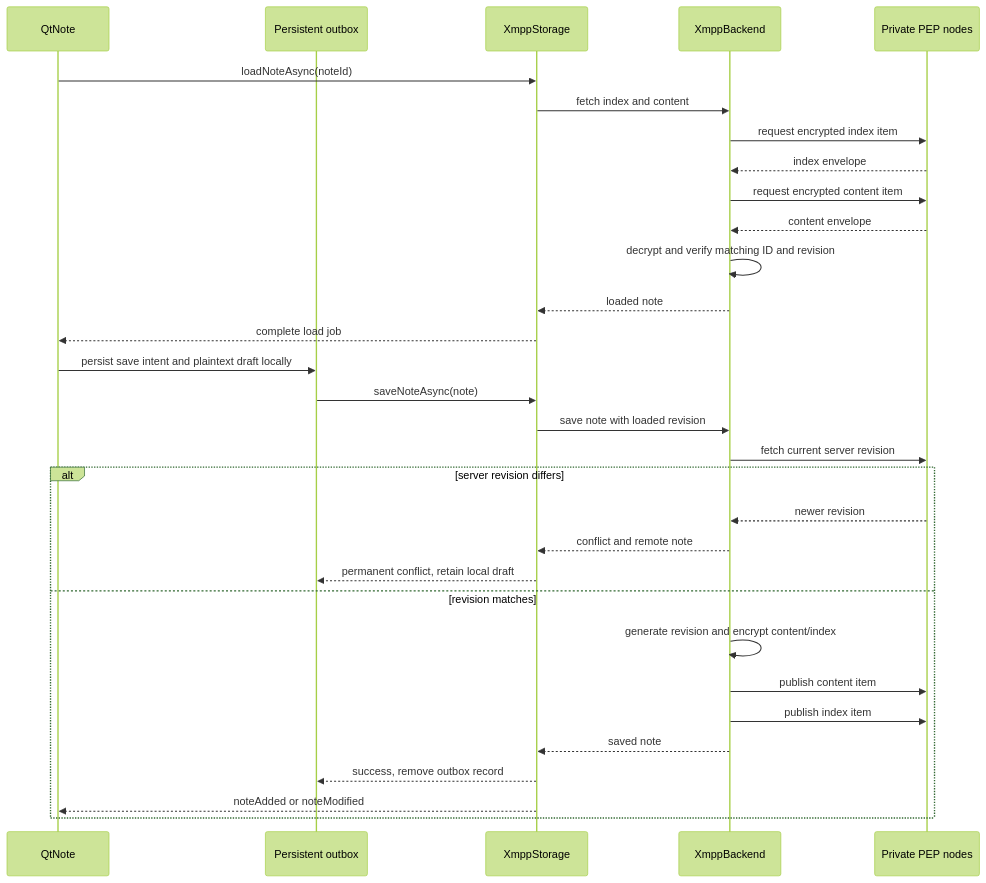
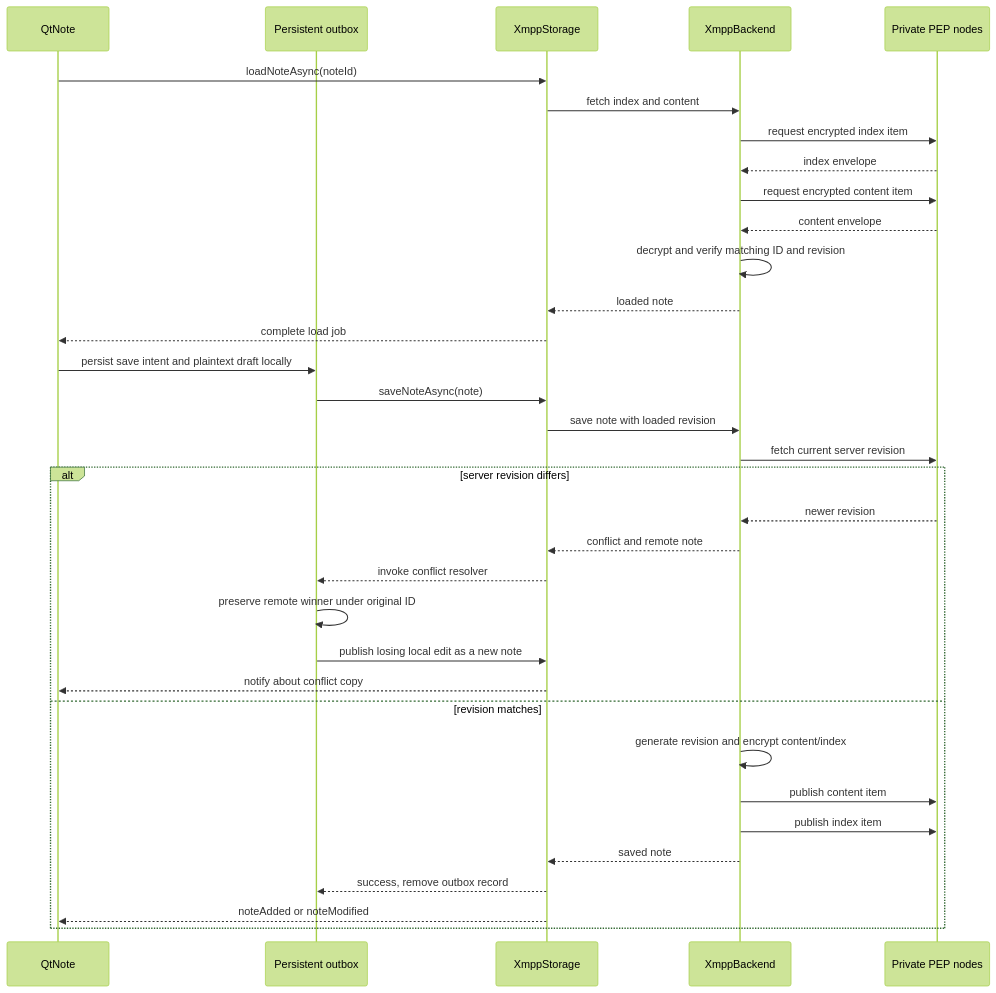
Before and after one commit to Ri0n/QtNote: the third of 6 diagrams in plugins/xmpppubsub/README.md, drawn with Mermaid (forest theme). The commit also changed other lines of this file and 2 other files, not shown here.

````diff
--- a/plugins/xmpppubsub/README.md
+++ b/plugins/xmpppubsub/README.md
@@ -199,35 +199,38 @@
 ```mermaid
 sequenceDiagram
     participant UI as QtNote
     participant O as Persistent outbox
     participant S as XmppStorage
     participant B as XmppBackend
     participant P as Private PEP nodes
 
     UI->>S: loadNoteAsync(noteId)
     S->>B: fetch index and content
     B->>P: request encrypted index item
     P-->>B: index envelope
     B->>P: request encrypted content item
     P-->>B: content envelope
     B->>B: decrypt and verify matching ID and revision
     B-->>S: loaded note
     S-->>UI: complete load job
 
     UI->>O: persist save intent and plaintext draft locally
     O->>S: saveNoteAsync(note)
     S->>B: save note with loaded revision
     B->>P: fetch current server revision
     alt server revision differs
         P-->>B: newer revision
         B-->>S: conflict and remote note
-        S-->>O: permanent conflict, retain local draft
+        S-->>O: invoke conflict resolver
+        O->>O: preserve remote winner under original ID
+        O->>S: publish losing local edit as a new note
+        S-->>UI: notify about conflict copy
     else revision matches
         B->>B: generate revision and encrypt content/index
         B->>P: publish content item
         B->>P: publish index item
         B-->>S: saved note
         S-->>O: success, remove outbox record
         S-->>UI: noteAdded or noteModified
     end
 ```
````
